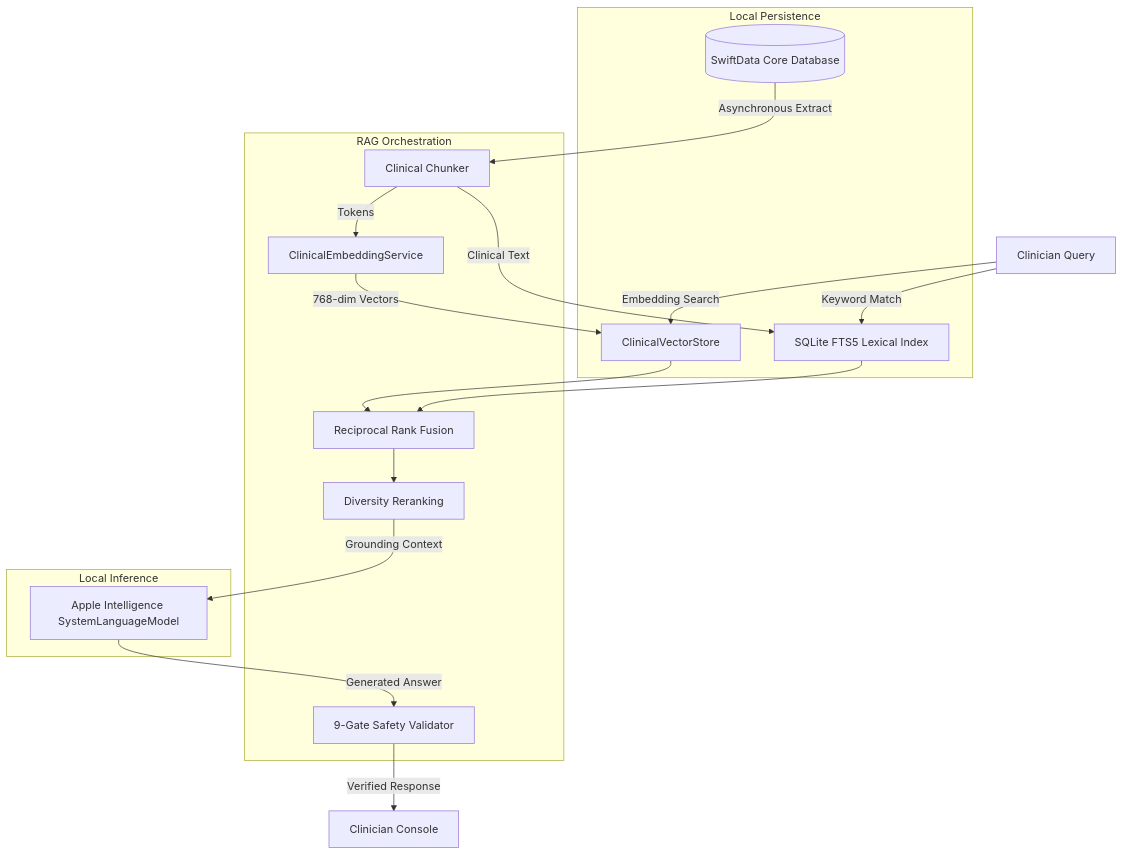
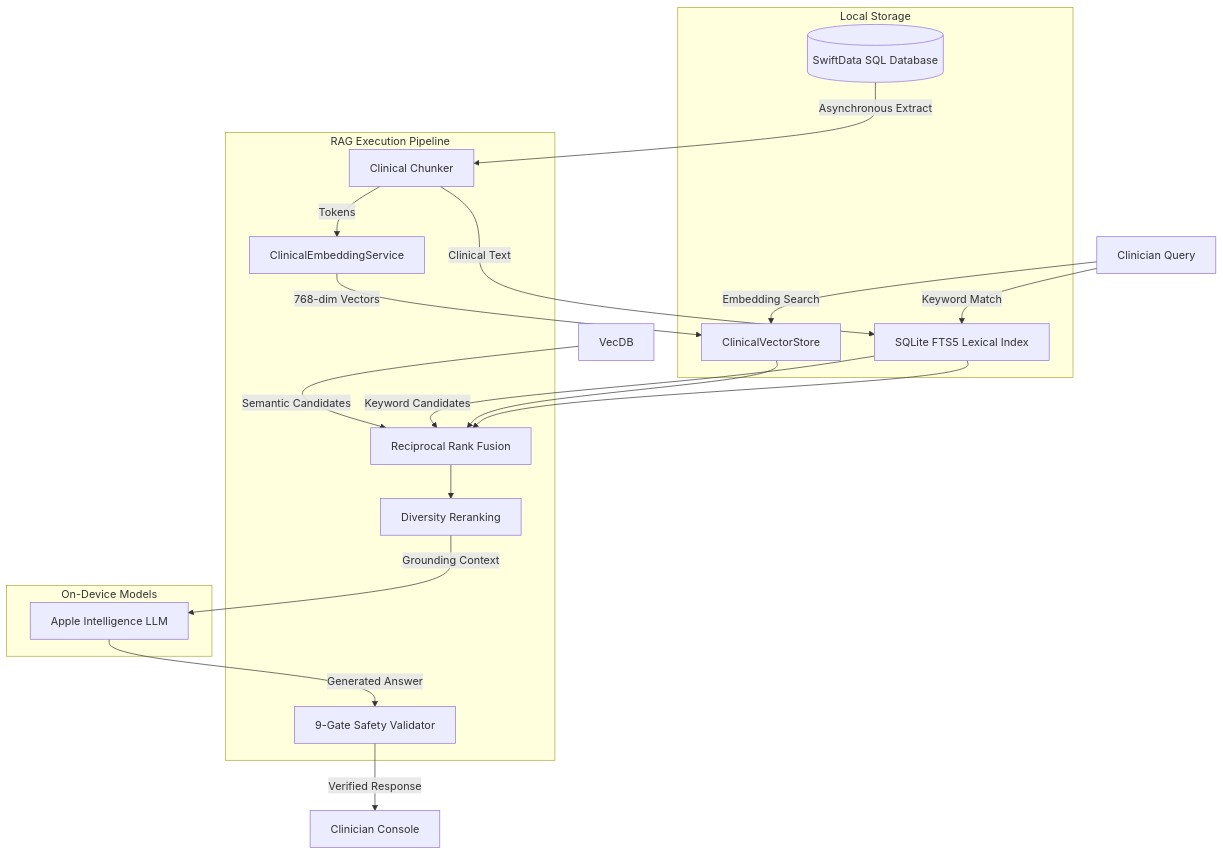
One commit to Gunnarguy/OpenClinic changed the diagram in docs/CASE_STUDY.md. Above: the diagram before and after it, drawn with Mermaid. The commit also changed other lines of this file and 6 other files, not shown here.

````diff
--- a/docs/CASE_STUDY.md
+++ b/docs/CASE_STUDY.md
@@ -33,33 +33,35 @@
 ```mermaid
 flowchart TD
-    subgraph Storage ["Local Persistence"]
-        SD[(SwiftData Core Database)]
+    subgraph Storage ["Local Storage"]
+        SD[(SwiftData SQL Database)]
         VecStore[ClinicalVectorStore]
         FTSIndex[SQLite FTS5 Lexical Index]
     end
 
-    subgraph Pipeline ["RAG Orchestration"]
+    subgraph Pipeline ["RAG Execution Pipeline"]
         Chunker[Clinical Chunker]
         EmbedSvc[ClinicalEmbeddingService]
         RRF[Reciprocal Rank Fusion]
         MMR[Diversity Reranking]
         Gates[9-Gate Safety Validator]
     end
 
-    subgraph Models ["Local Inference"]
-        FM[Apple Intelligence SystemLanguageModel]
+    subgraph Models ["On-Device Models"]
+        FM[Apple Intelligence LLM]
     end
 
     SD -->|Asynchronous Extract| Chunker
     Chunker -->|Clinical Text| FTSIndex
     Chunker -->|Tokens| EmbedSvc
     EmbedSvc -->|768-dim Vectors| VecStore
 
     Query[Clinician Query] -->|Embedding Search| VecStore
     Query -->|Keyword Match| FTSIndex
+    VecDB -->|Semantic Candidates| RRF
+    FTSIndex -->|Keyword Candidates| RRF
     VecStore & FTSIndex --> RRF
     RRF --> MMR
     MMR -->|Grounding Context| FM
     FM -->|Generated Answer| Gates
     Gates -->|Verified Response| UI[Clinician Console]
 ```
````
